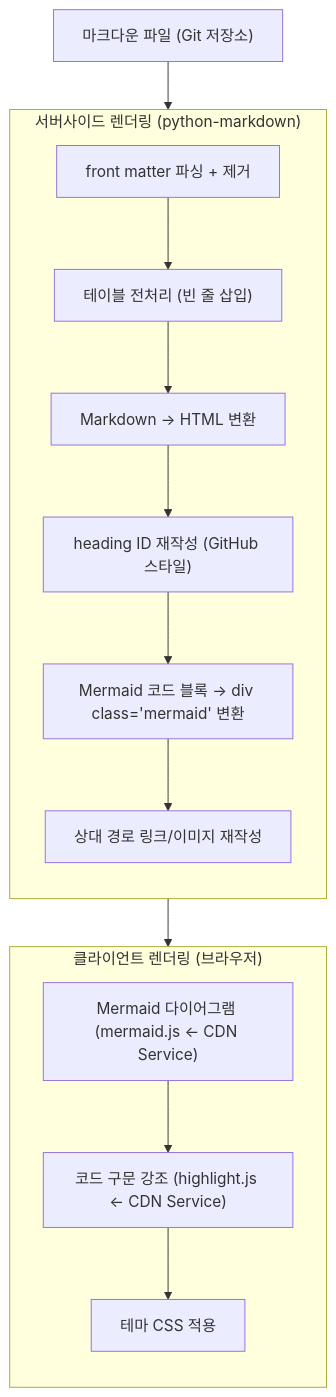
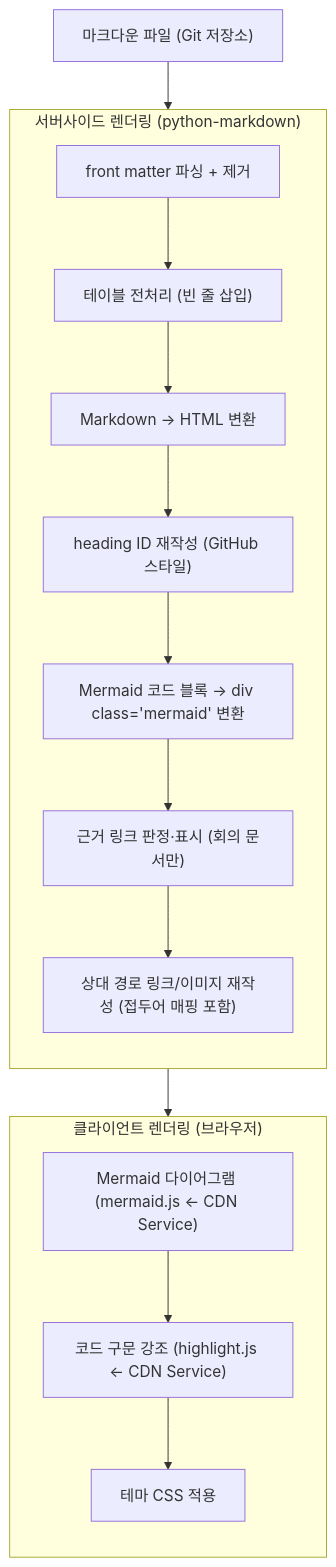
One commit to sch0718/synctx changed the second of 6 diagrams in docs/architecture.md. Above: the diagram before and after it, drawn with Mermaid. The commit also changed other lines of this file and 22 other files, not shown here.

````diff
--- a/docs/architecture.md
+++ b/docs/architecture.md
@@ -300,26 +300,27 @@
 ```mermaid
 flowchart TD
     MD["마크다운 파일 (Git 저장소)"]
 
     subgraph Server["서버사이드 렌더링 (python-markdown)"]
         direction TB
         S1["front matter 파싱 + 제거"]
         S2["테이블 전처리 (빈 줄 삽입)"]
         S3["Markdown → HTML 변환"]
         S4["heading ID 재작성 (GitHub 스타일)"]
         S5["Mermaid 코드 블록 → div class='mermaid' 변환"]
-        S6["상대 경로 링크/이미지 재작성"]
-        S1 --> S2 --> S3 --> S4 --> S5 --> S6
+        S6["근거 링크 판정·표시 (회의 문서만)"]
+        S7["상대 경로 링크/이미지 재작성 (접두어 매핑 포함)"]
+        S1 --> S2 --> S3 --> S4 --> S5 --> S6 --> S7
     end
 
     subgraph Client["클라이언트 렌더링 (브라우저)"]
         direction TB
         C1["Mermaid 다이어그램 (mermaid.js ← CDN Service)"]
         C2["코드 구문 강조 (highlight.js ← CDN Service)"]
         C3["테마 CSS 적용"]
         C1 --> C2 --> C3
     end
 
     MD --> Server
     Server --> Client
 ```
````
